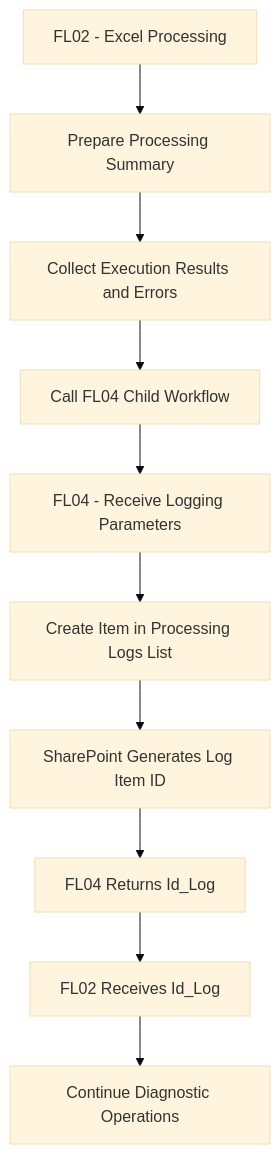
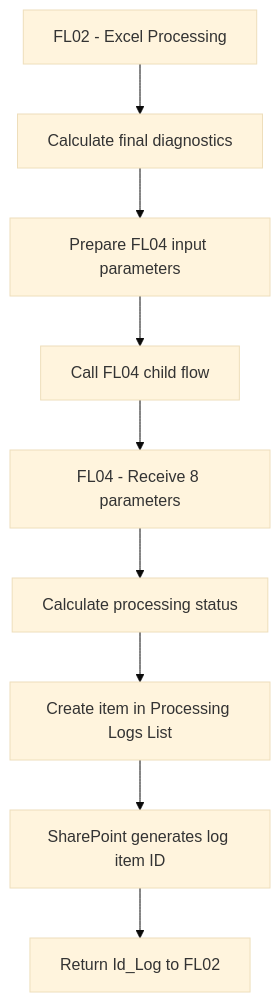
Before and after one commit to smartinmunoz/power-platform-portfolio: the diagram in Power-Automate/SharePoint-Excel-Automation/Sharepoint/lists/processing-logs.md, drawn with Mermaid (base theme).

Commit message:
docs: align processing logs workflow diagram with FL04
Updated the logging workflow diagram to reflect new processing steps and descriptions.

````diff
--- a/Power-Automate/SharePoint-Excel-Automation/Sharepoint/lists/processing-logs.md
+++ b/Power-Automate/SharePoint-Excel-Automation/Sharepoint/lists/processing-logs.md
@@ -162,23 +162,23 @@
 ```mermaid
+
 flowchart TD
-    A[FL02 - Excel Processing]
-    B[Prepare Processing Summary]
-    C[Collect Execution Results and Errors]
-    D[Call FL04 Child Workflow]
-    E[FL04 - Receive Logging Parameters]
-    F[Create Item in Processing Logs List]
-    G[SharePoint Generates Log Item ID]
-    H[FL04 Returns Id_Log]
-    I[FL02 Receives Id_Log]
-    J[Continue Diagnostic Operations]
+    A["FL02 - Excel Processing"]
+    B["Calculate final diagnostics"]
+    C["Prepare FL04 input parameters"]
+    D["Call FL04 child flow"]
+    E["FL04 - Receive 8 parameters"]
+    F["Calculate processing status"]
+    G["Create item in Processing Logs List"]
+    H["SharePoint generates log item ID"]
+    I["Return Id_Log to FL02"]
 
     A --> B
     B --> C
     C --> D
     D --> E
     E --> F
     F --> G
     G --> H
     H --> I
-    I --> J
+
 ```
````
